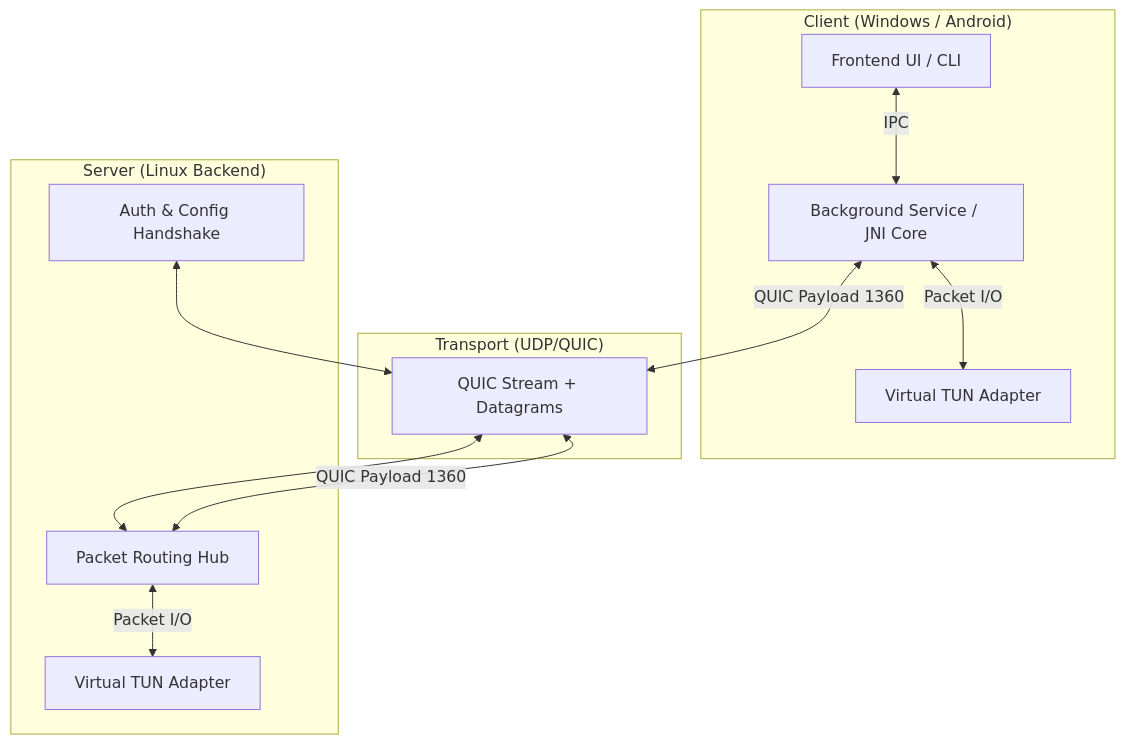
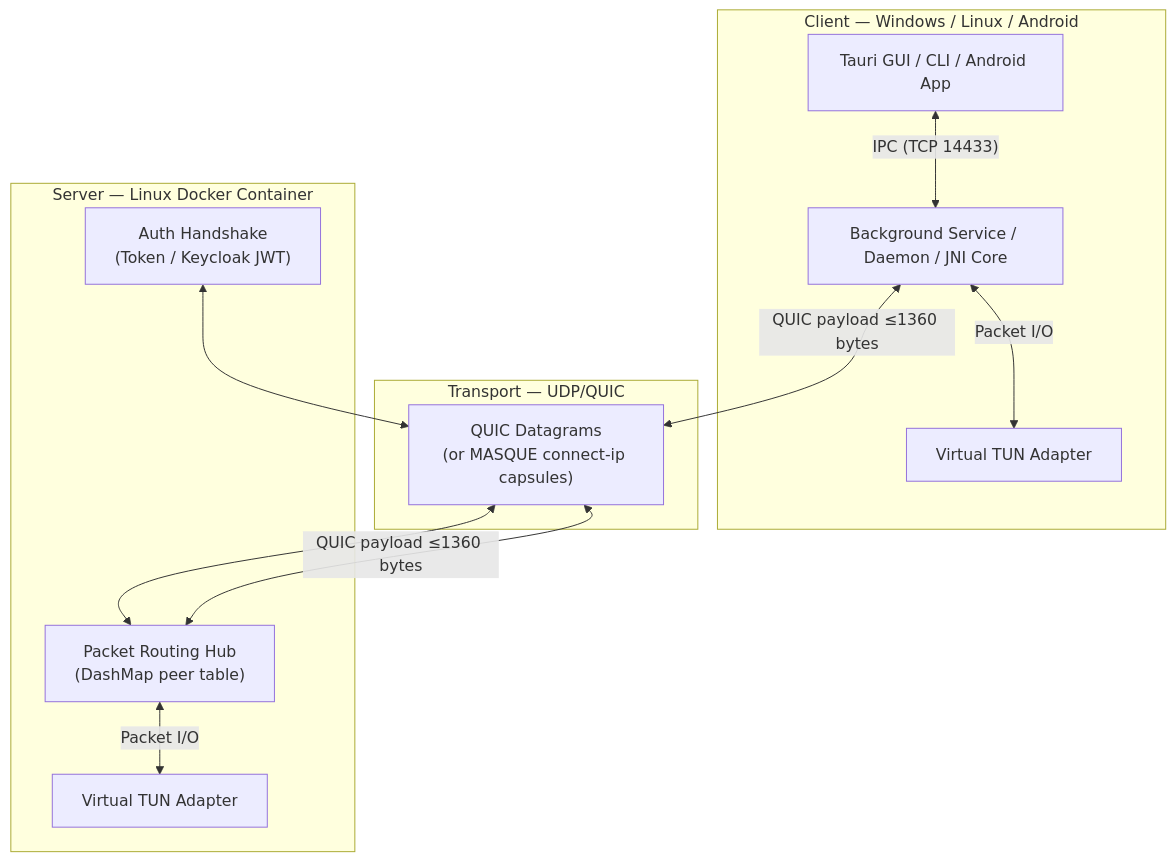
One commit to zerox80/mavi-vpn changed the diagram in README.md. Above: the diagram before and after it, drawn with Mermaid. The commit also changed other lines of this file, not shown here.

````diff
--- a/README.md
+++ b/README.md
@@ -7,28 +47,28 @@
 ```mermaid
 graph TD
-    subgraph "Client (Windows / Android)"
-        UI[Frontend UI / CLI]
-        SVC[Background Service / JNI Core]
-        TUN_C[Virtual TUN Adapter]
-        
-        UI <-->|IPC| SVC
-        SVC <-->|Packet I/O| TUN_C
+    subgraph "Client — Windows / Linux / Android"
+        GUI["Tauri GUI / CLI / Android App"]
+        SVC["Background Service / Daemon / JNI Core"]
+        TUN_C["Virtual TUN Adapter"]
+
+        GUI <-->|"IPC (TCP 14433)"| SVC
+        SVC <-->|"Packet I/O"| TUN_C
     end
 
-    subgraph "Transport (UDP/QUIC)"
-        QUIC[QUIC Stream + Datagrams]
+    subgraph "Transport — UDP/QUIC"
+        QUIC["QUIC Datagrams\n(or MASQUE connect-ip capsules)"]
     end
 
-    subgraph "Server (Linux Backend)"
-        TUN_S[Virtual TUN Adapter]
-        HUB[Packet Routing Hub]
-        AUTH[Auth & Config Handshake]
-        
+    subgraph "Server — Linux Docker Container"
+        AUTH["Auth Handshake\n(Token / Keycloak JWT)"]
+        HUB["Packet Routing Hub\n(DashMap peer table)"]
+        TUN_S["Virtual TUN Adapter"]
+
         AUTH <--> QUIC
         HUB <--> QUIC
-        HUB <-->|Packet I/O| TUN_S
+        HUB <-->|"Packet I/O"| TUN_S
     end
 
-    SVC <-->|QUIC Payload 1360| QUIC
-    QUIC <-->|QUIC Payload 1360| HUB
+    SVC <-->|"QUIC payload ≤1360 bytes"| QUIC
+    QUIC <-->|"QUIC payload ≤1360 bytes"| HUB
 ```
````
